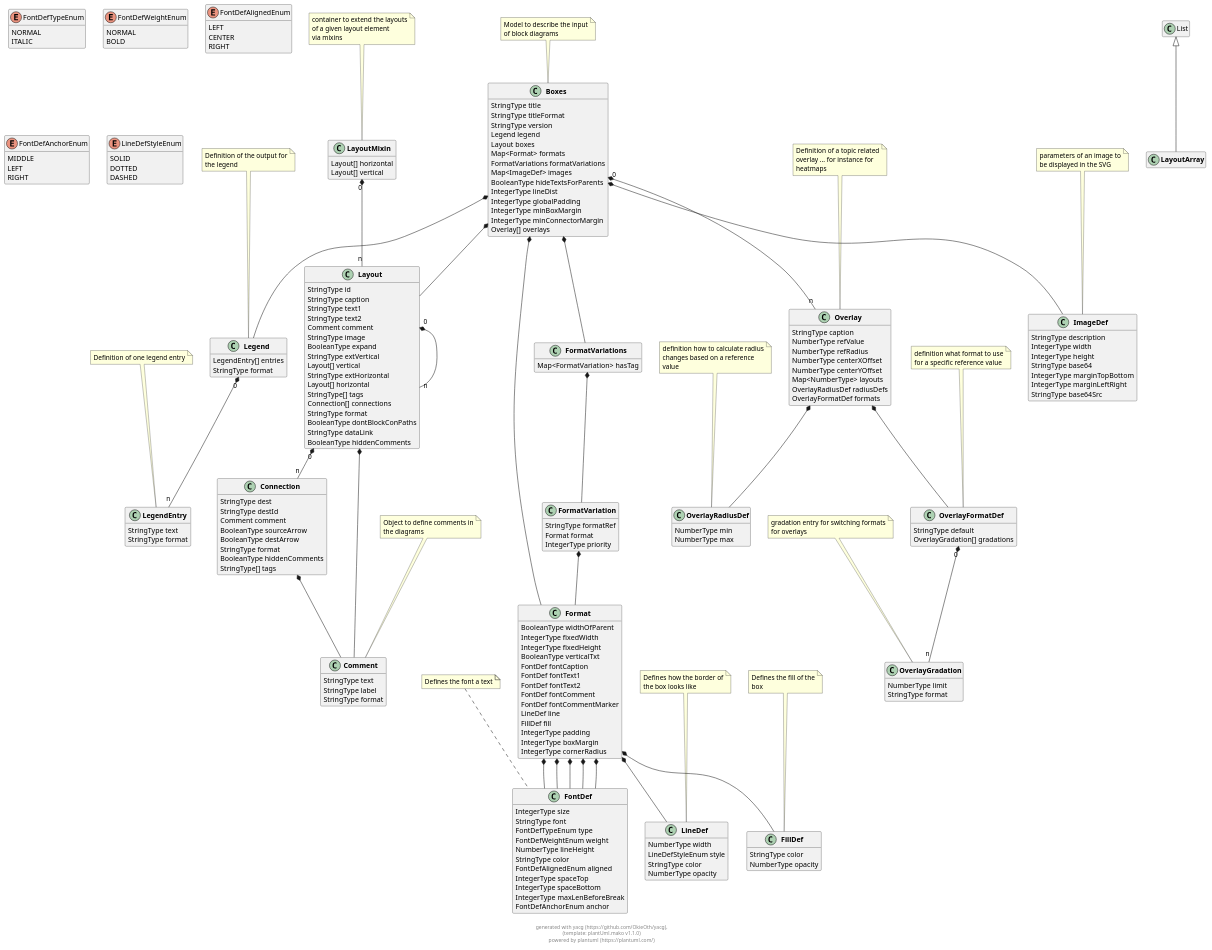
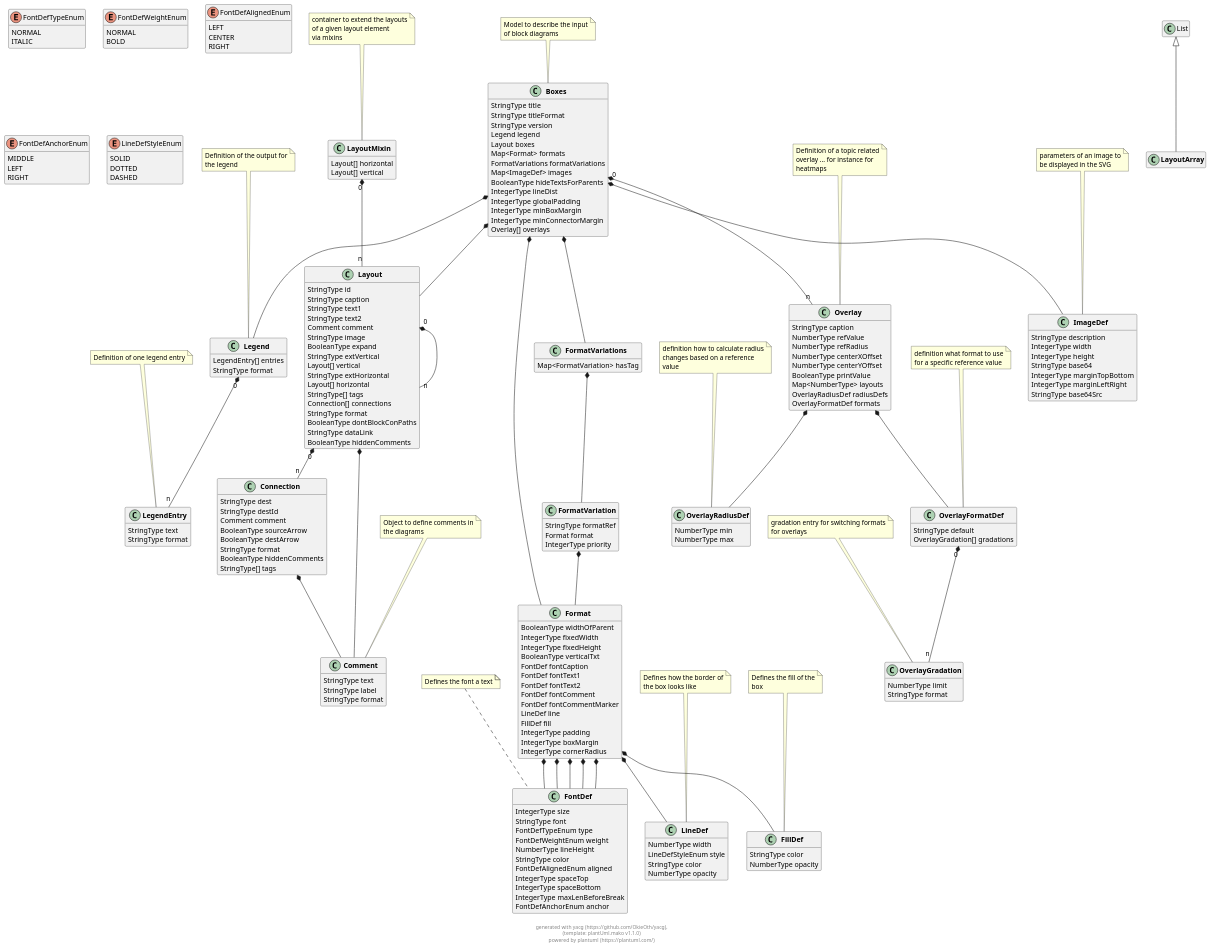
The diagram in docs/models/puml/boxes.puml (OkieOth/boxes), drawn with PlantUML before and after one commit. The commit also changed 17 other files, not shown here.

```diff
--- a/docs/models/puml/boxes.puml
+++ b/docs/models/puml/boxes.puml
@@ -87,6 +87,7 @@
         NumberType refRadius
         NumberType centerXOffset
         NumberType centerYOffset
+        BooleanType printValue
         Map<NumberType> layouts
         OverlayRadiusDef radiusDefs
         OverlayFormatDef formats
@@ -327,6 +328,7 @@
 
 
 
+
 Overlay  *--  OverlayRadiusDef
 
 Overlay  *--  OverlayFormatDef
```
